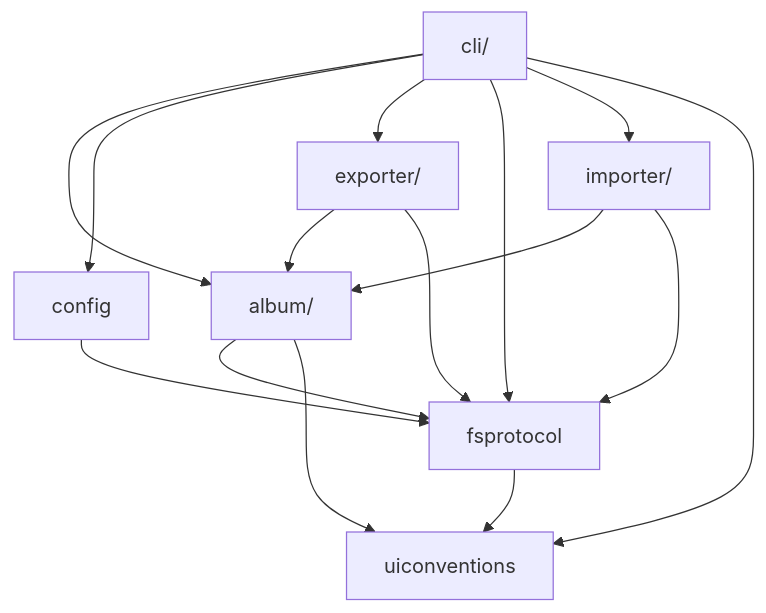
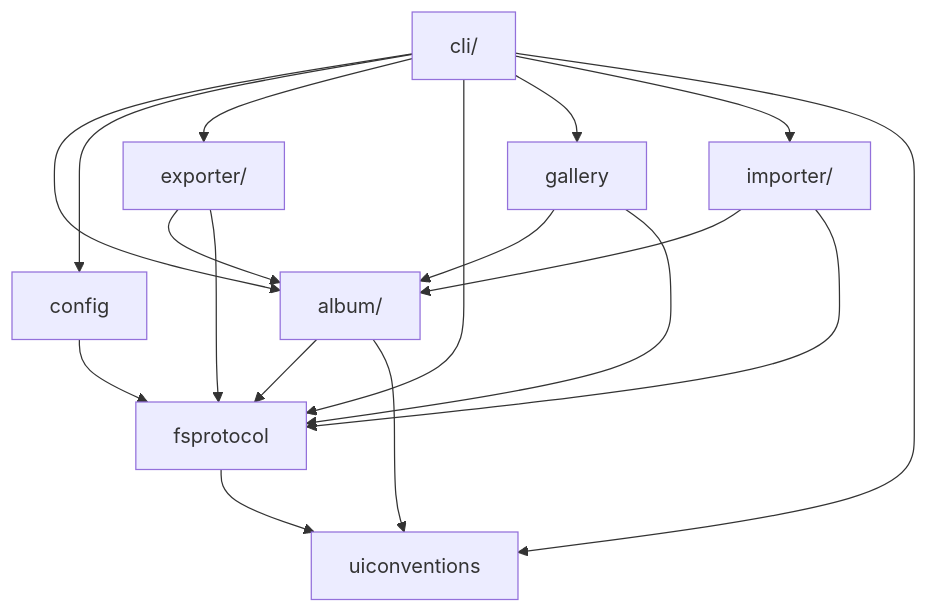
Before and after one commit to iglootools/photree: the diagram in docs/architecture.md, drawn with Mermaid. The commit also changed 2 other files, not shown here.

Commit message:
feat: add gallery index module for album ID-to-path lookups
Introduce photree/gallery.py with build_album_id_to_path_index() and
resolve_album_path_by_id() for in-memory album indexing, plus
plan_renames_from_csv() for rename planning. The index enforces that all
discovered albums have IDs, raising MissingAlbumIdError otherwise.

````diff
--- a/docs/architecture.md
+++ b/docs/architecture.md
@@ -17,25 +17,29 @@
 ```mermaid
 graph TD
     album["album/"]
     cli["cli/"]
     config["config"]
     exporter["exporter/"]
     fsprotocol["fsprotocol"]
+    gallery["gallery"]
     importer["importer/"]
     uiconventions["uiconventions"]
 
     album --> fsprotocol
     album --> uiconventions
     cli --> album
     cli --> config
     cli --> exporter
     cli --> fsprotocol
+    cli --> gallery
     cli --> importer
     cli --> uiconventions
     config --> fsprotocol
     exporter --> album
     exporter --> fsprotocol
     fsprotocol --> uiconventions
+    gallery --> album
+    gallery --> fsprotocol
     importer --> album
     importer --> fsprotocol
 ```
````
